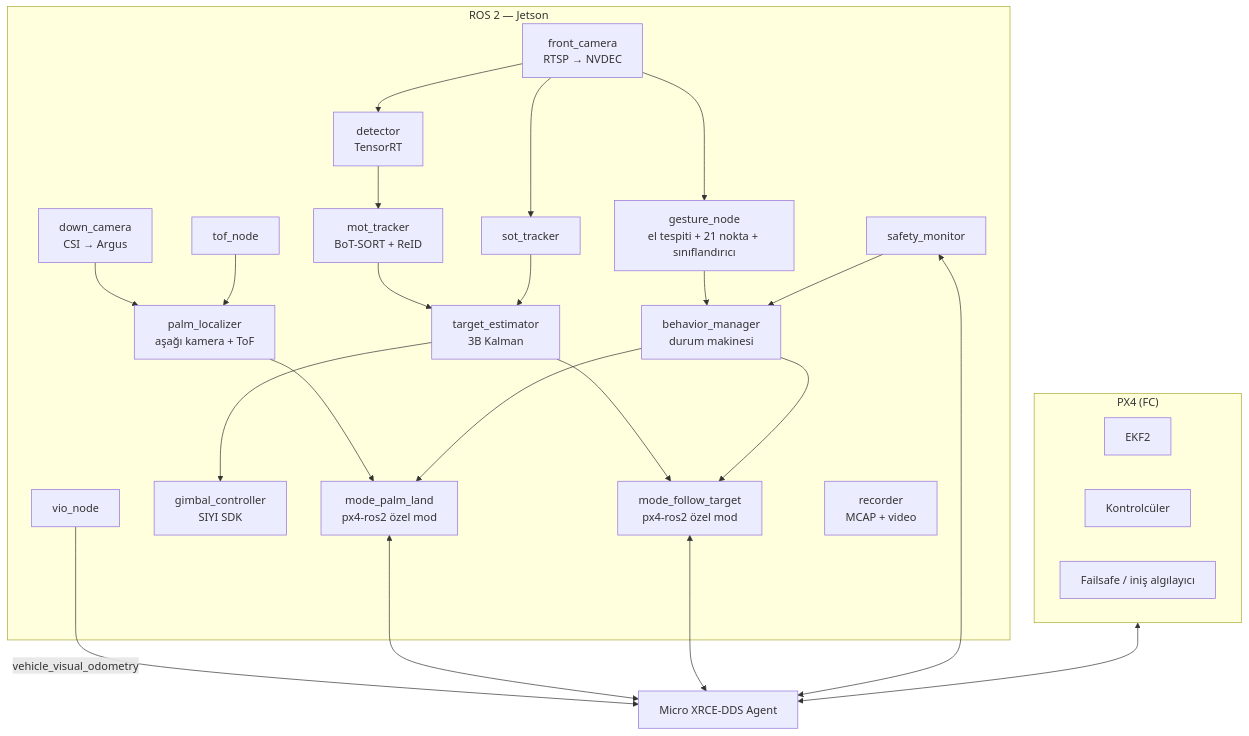
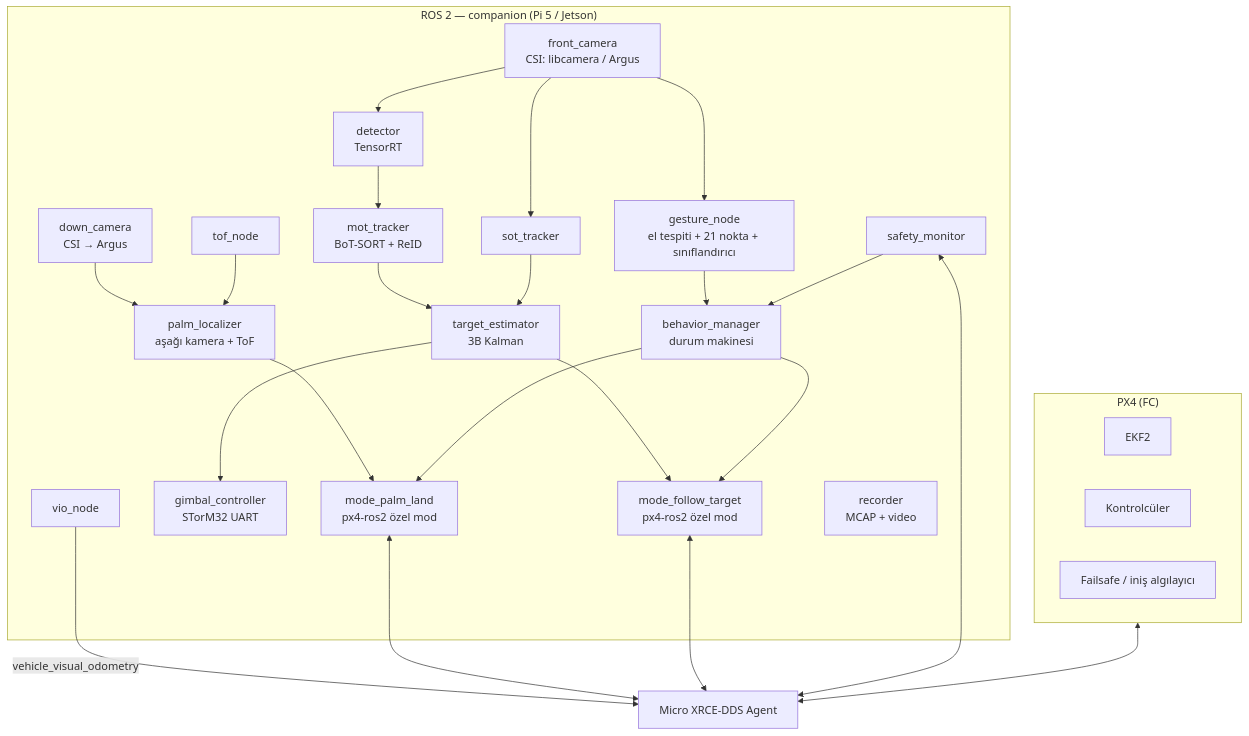
The third of 4 diagrams in docs/04-sistem-mimarisi.md (ahmet6141/Drone-controller), drawn with Mermaid before and after one commit. The commit also changed other lines of this file and 22 other files, not shown here.

````diff
--- a/docs/04-sistem-mimarisi.md
+++ b/docs/04-sistem-mimarisi.md
@@ -103,42 +106,42 @@
 ```mermaid
 flowchart TB
   subgraph PX4["PX4 (FC)"]
     EKF2["EKF2"]
     MC["Kontrolcüler"]
     FSD["Failsafe / iniş algılayıcı"]
   end
   AG["Micro XRCE-DDS Agent"]
   PX4 <--> AG
-  subgraph ROS2["ROS 2 — Jetson"]
-    CF["front_camera<br/>RTSP → NVDEC"]
+  subgraph ROS2["ROS 2 — companion (Pi 5 / Jetson)"]
+    CF["front_camera<br/>CSI: libcamera / Argus"]
     CD["down_camera<br/>CSI → Argus"]
     TN["tof_node"]
     DET["detector<br/>TensorRT"]
     MOTN["mot_tracker<br/>BoT-SORT + ReID"]
     SOTN["sot_tracker"]
     GES["gesture_node<br/>el tespiti + 21 nokta + sınıflandırıcı"]
     PALM["palm_localizer<br/>aşağı kamera + ToF"]
     VION["vio_node"]
     TE["target_estimator<br/>3B Kalman"]
-    GC["gimbal_controller<br/>SIYI SDK"]
+    GC["gimbal_controller<br/>STorM32 UART"]
     BM["behavior_manager<br/>durum makinesi"]
     MP["mode_palm_land<br/>px4-ros2 özel mod"]
     MF["mode_follow_target<br/>px4-ros2 özel mod"]
     SM["safety_monitor"]
     REC["recorder<br/>MCAP + video"]
   end
   CF --> DET --> MOTN --> TE
   CF --> SOTN --> TE
   CF --> GES --> BM
   CD --> PALM
   TN --> PALM --> MP
   TE --> GC
   TE --> MF
   BM --> MP
   BM --> MF
   VION -- "vehicle_visual_odometry" --> AG
   MP <--> AG
   MF <--> AG
   SM <--> AG
   SM --> BM
 ```
````
